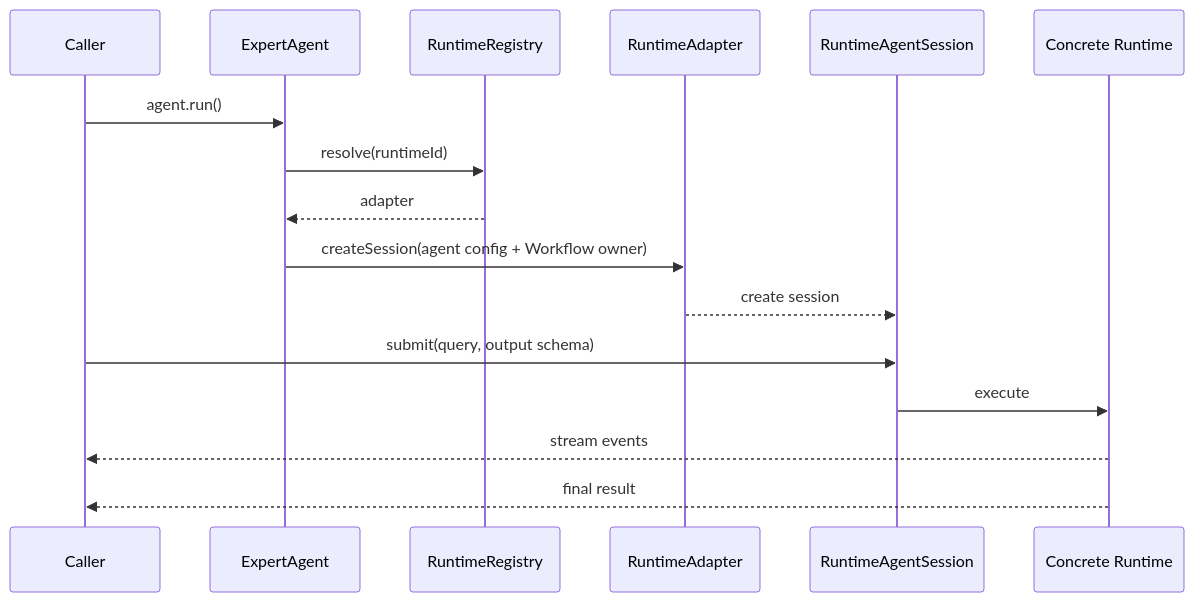
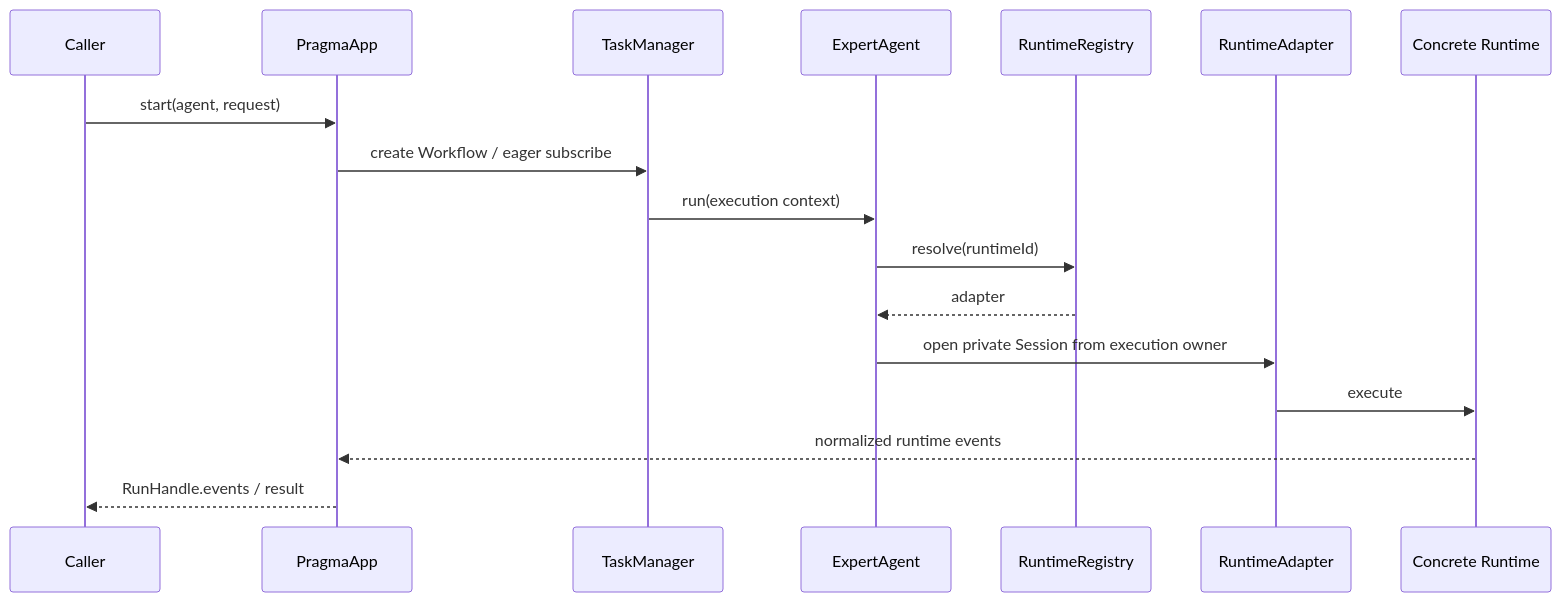
Before and after one commit to pqpo/pragma: the tenth of 18 diagrams in docs/architecture/agent-core-architecture.md, drawn with Mermaid. The commit also changed other lines of this file and 38 other files, not shown here.

````diff
--- a/docs/architecture/agent-core-architecture.md
+++ b/docs/architecture/agent-core-architecture.md
@@ -270,19 +272,20 @@
 ```mermaid
 sequenceDiagram
   participant Caller
+  participant PragmaApp
+  participant TaskManager
   participant ExpertAgent
   participant RuntimeRegistry
   participant RuntimeAdapter
-  participant RuntimeAgentSession
   participant ConcreteRuntime as Concrete Runtime
 
-  Caller->>ExpertAgent: agent.run()
+  Caller->>PragmaApp: start(agent, request)
+  PragmaApp->>TaskManager: create Workflow / eager subscribe
+  TaskManager->>ExpertAgent: run(execution context)
   ExpertAgent->>RuntimeRegistry: resolve(runtimeId)
   RuntimeRegistry-->>ExpertAgent: adapter
-  ExpertAgent->>RuntimeAdapter: createSession(agent config + Workflow owner)
-  RuntimeAdapter-->>RuntimeAgentSession: create session
-  Caller->>RuntimeAgentSession: submit(query, output schema)
-  RuntimeAgentSession->>ConcreteRuntime: execute
-  ConcreteRuntime-->>Caller: stream events
-  ConcreteRuntime-->>Caller: final result
+  ExpertAgent->>RuntimeAdapter: open private Session from execution owner
+  RuntimeAdapter->>ConcreteRuntime: execute
+  ConcreteRuntime-->>PragmaApp: normalized runtime events
+  PragmaApp-->>Caller: RunHandle.events / result
 ```
````
